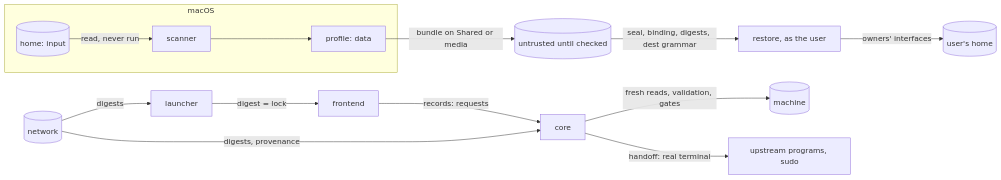
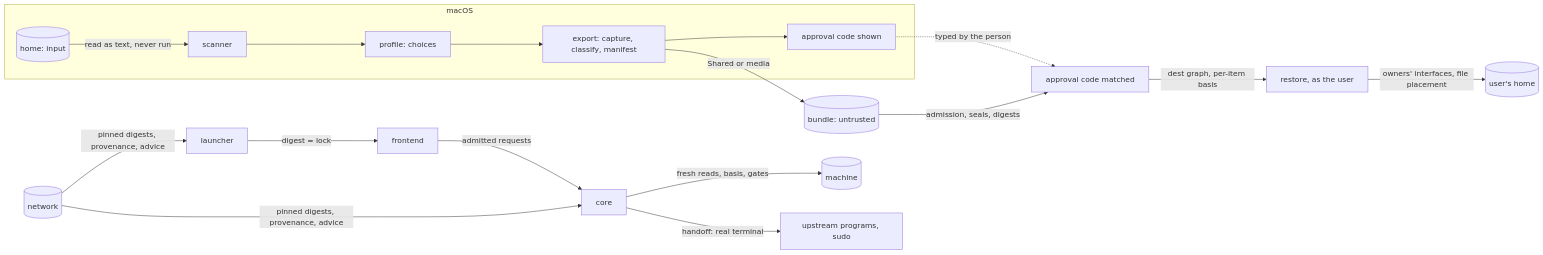
One commit to scalinity/omarchy-mac-bootstrap changed the diagram in docs/SECURITY.md. Above: the diagram before and after it, drawn with Mermaid. The commit also changed other lines of this file and 7 other files, not shown here.

````diff
--- a/docs/SECURITY.md
+++ b/docs/SECURITY.md
@@ -32,16 +53,19 @@
 ```mermaid
 flowchart LR
     subgraph macOS
-        MH[(home: input)] -->|read, never run| SC[scanner]
-        SC --> PR[profile: data]
+        MH[(home: input)] -->|read as text, never run| SC[scanner]
+        SC --> PR[profile: choices]
+        PR --> EX[export: capture, classify, manifest]
+        EX --> AC[approval code shown]
     end
-    PR -->|bundle on Shared or media| B[(untrusted until checked)]
-    B -->|seal, binding, digests, dest grammar| RS[restore, as the user]
-    RS -->|owners' interfaces| UH[(user's home)]
+    EX -->|Shared or media| B[(bundle: untrusted)]
+    AC -. typed by the person .-> AP
+    B -->|admission, seals, digests| AP[approval code matched]
+    AP -->|dest graph, per-item basis| RS[restore, as the user]
+    RS -->|owners' interfaces, file placement| UH[(user's home)]
     L[launcher] -->|digest = lock| F[frontend]
-    F -->|records: requests| C[core]
-    C -->|fresh reads, validation, gates| M[(machine)]
+    F -->|admitted requests| C[core]
+    C -->|fresh reads, basis, gates| M[(machine)]
     C -->|handoff: real terminal| U[upstream programs, sudo]
-    N[(network)] -->|digests| L
-    N -->|digests, provenance| C
+    N[(network)] -->|pinned digests, provenance, advice| L & C
 ```
````
